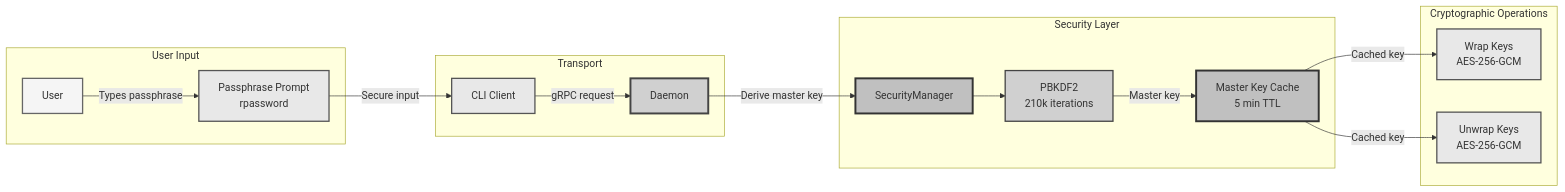
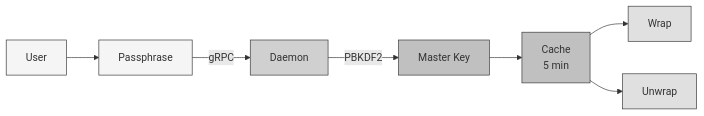
Before and after one commit to ehanoc/softKMS: the seventh of 7 diagrams in docs/CLI_DAEMON_ARCHITECTURE.md, drawn with Mermaid. The commit also changed other lines of this file and 8 other files, not shown here.

````diff
--- a/docs/CLI_DAEMON_ARCHITECTURE.md
+++ b/docs/CLI_DAEMON_ARCHITECTURE.md
@@ -213,42 +160,17 @@
 ```mermaid
 flowchart LR
-    subgraph Input["User Input"]
-        U[User]
-        P[Passphrase Prompt<br/>rpassword]
-    end
+    U[User] --> P[Passphrase]
+    P -->|gRPC| D[Daemon]
+    D -->|PBKDF2| MK[Master Key]
+    MK --> C[Cache<br/>5 min]
+    C --> W[Wrap]
+    C --> U2[Unwrap]
     
-    subgraph Transport["Transport"]
-        CLI[CLI Client]
-        D[Daemon]
-    end
-    
-    subgraph Security["Security Layer"]
-        SM[SecurityManager]
-        PBKDF2[PBKDF2<br/>210k iterations]
-        Cache[Master Key Cache<br/>5 min TTL]
-    end
-    
-    subgraph Crypto["Cryptographic Operations"]
-        Wrap[Wrap Keys<br/>AES-256-GCM]
-        Unwrap[Unwrap Keys<br/>AES-256-GCM]
-    end
-    
-    U -->|Types passphrase| P
-    P -->|Secure input| CLI
-    CLI -->|gRPC request| D
-    D -->|Derive master key| SM
-    SM --> PBKDF2
-    PBKDF2 -->|Master key| Cache
-    Cache -->|Cached key| Wrap
-    Cache -->|Cached key| Unwrap
-
-    style U fill:#f5f5f5,stroke:#666,stroke-width:2px
-    style P fill:#e8e8e8,stroke:#555,stroke-width:2px
-    style CLI fill:#e8e8e8,stroke:#555,stroke-width:2px
-    style D fill:#d0d0d0,stroke:#444,stroke-width:3px
-    style SM fill:#c0c0c0,stroke:#333,stroke-width:3px
-    style PBKDF2 fill:#d0d0d0,stroke:#444,stroke-width:2px
-    style Cache fill:#c0c0c0,stroke:#333,stroke-width:3px
-    style Wrap fill:#e8e8e8,stroke:#555,stroke-width:2px
-    style Unwrap fill:#e8e8e8,stroke:#555,stroke-width:2px
+    style U fill:#f5f5f5,stroke:#333
+    style P fill:#f5f5f5,stroke:#333
+    style D fill:#d0d0d0,stroke:#333
+    style MK fill:#c0c0c0,stroke:#333
+    style C fill:#c0c0c0,stroke:#333
+    style W fill:#e0e0e0,stroke:#333
+    style U2 fill:#e0e0e0,stroke:#333
 ```
````
